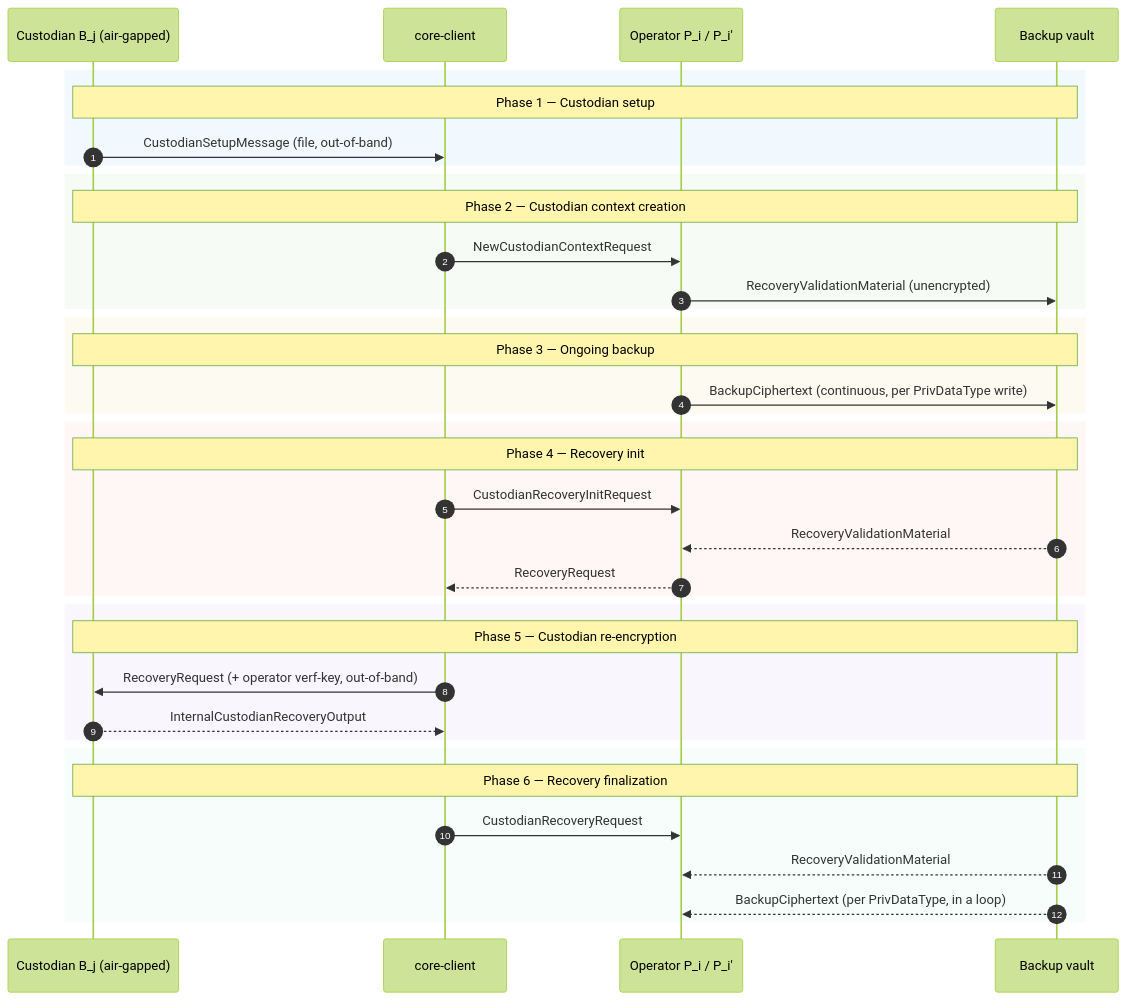
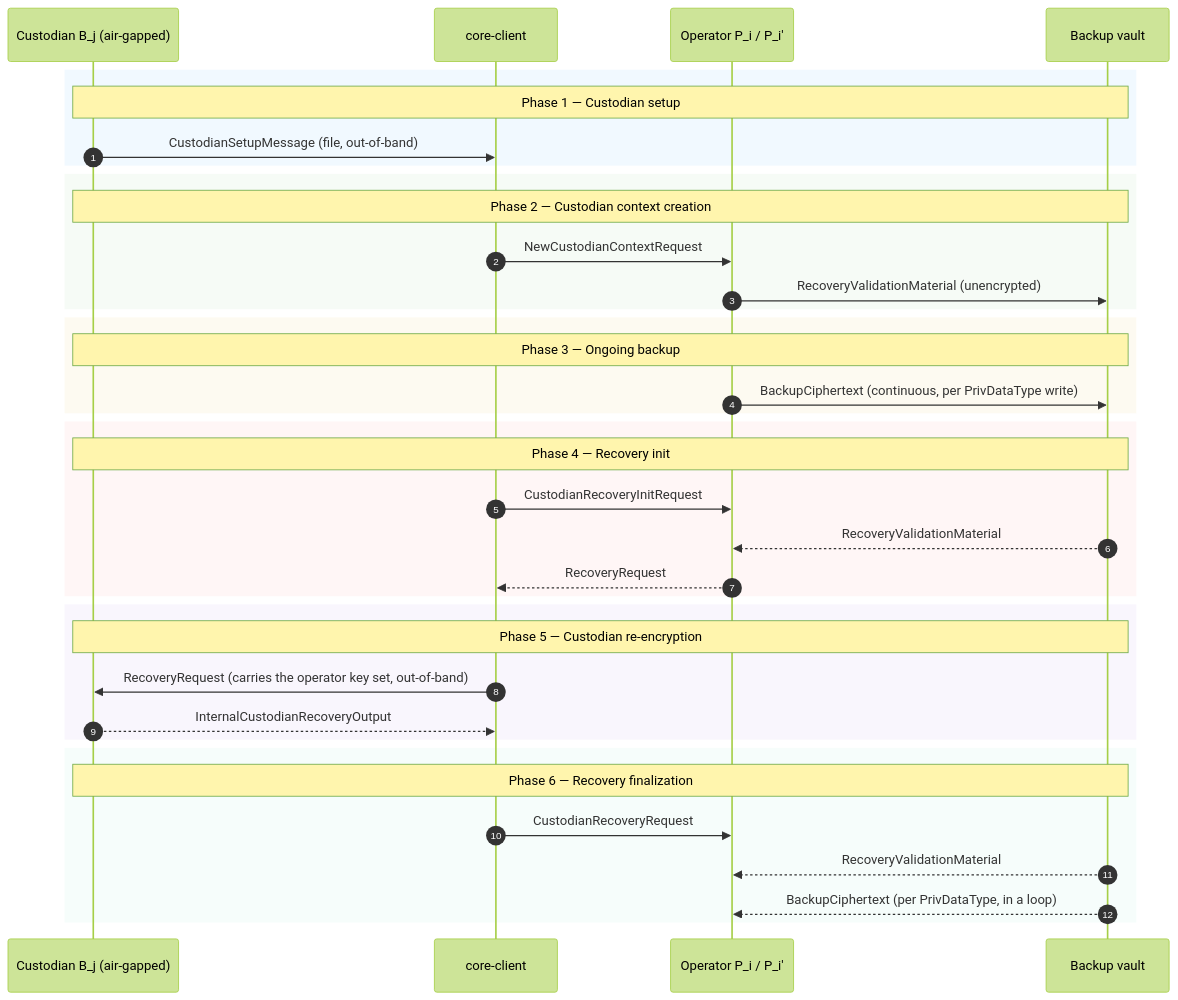
Before and after one commit to zama-ai/kms: the diagram in docs/guides/backup.md, drawn with Mermaid (forest theme). The commit also changed other lines of this file and 1 other file, not shown here.

````diff
--- a/docs/guides/backup.md
+++ b/docs/guides/backup.md
@@ -143,44 +152,44 @@
 ```mermaid
 sequenceDiagram
     autonumber
     participant Cus as Custodian B_j (air-gapped)
     participant Cli as core-client
     participant Op as Operator P_i / P_i'
     participant Vault as Backup vault
 
     rect rgba(200, 230, 255, 0.25)
     Note over Cus, Vault: Phase 1 — Custodian setup
     Cus->>Cli: CustodianSetupMessage (file, out-of-band)
     end
 
     rect rgba(220, 240, 220, 0.25)
     Note over Cus, Vault: Phase 2 — Custodian context creation
     Cli->>Op: NewCustodianContextRequest
     Op->>Vault: RecoveryValidationMaterial (unencrypted)
     end
 
     rect rgba(245, 235, 200, 0.25)
     Note over Cus, Vault: Phase 3 — Ongoing backup
     Op->>Vault: BackupCiphertext (continuous, per PrivDataType write)
     end
 
     rect rgba(255, 220, 220, 0.25)
     Note over Cus, Vault: Phase 4 — Recovery init
     Cli->>Op: CustodianRecoveryInitRequest
     Vault-->>Op: RecoveryValidationMaterial
     Op-->>Cli: RecoveryRequest
     end
 
     rect rgba(230, 220, 245, 0.25)
     Note over Cus, Vault: Phase 5 — Custodian re-encryption
-    Cli->>Cus: RecoveryRequest (+ operator verf-key, out-of-band)
+    Cli->>Cus: RecoveryRequest (carries the operator key set, out-of-band)
     Cus-->>Cli: InternalCustodianRecoveryOutput
     end
 
     rect rgba(220, 245, 240, 0.25)
     Note over Cus, Vault: Phase 6 — Recovery finalization
     Cli->>Op: CustodianRecoveryRequest
     Vault-->>Op: RecoveryValidationMaterial
     Vault-->>Op: BackupCiphertext (per PrivDataType, in a loop)
     end
 ```
````
